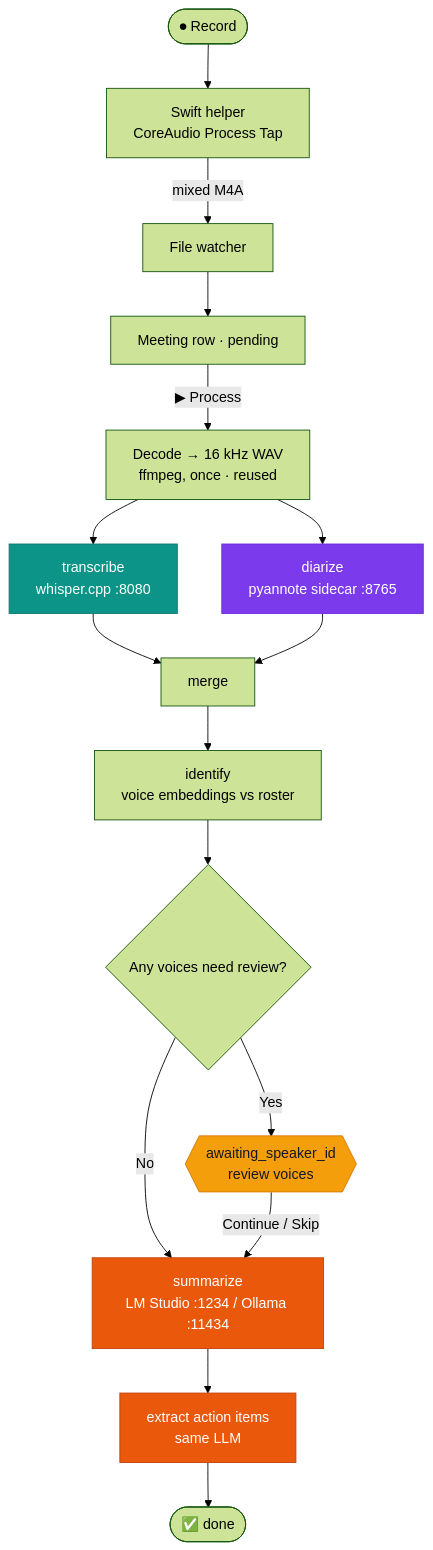
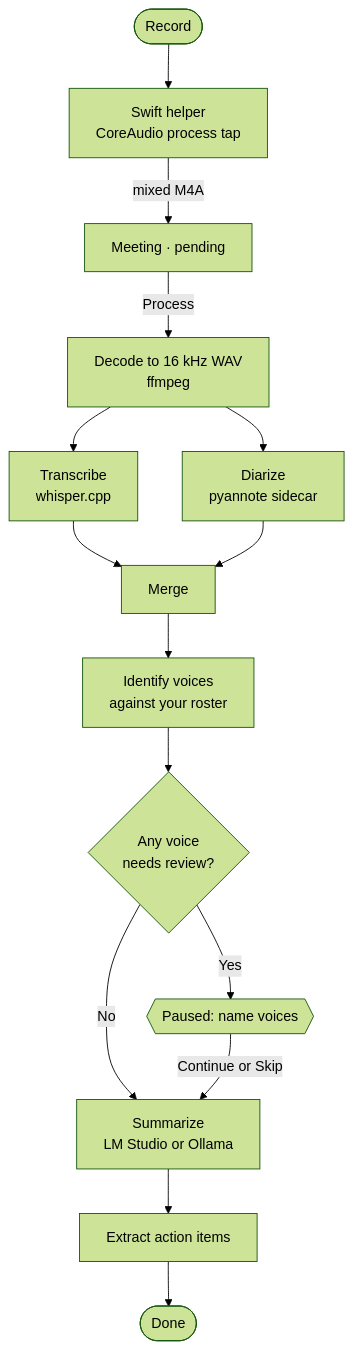
One commit to dbbaskette/MeetingNotes changed the diagram in README.md. Above: the diagram before and after it, drawn with Mermaid (forest theme). The commit also changed other lines of this file and 23 other files, not shown here.

````diff
--- a/README.md
+++ b/README.md
@@ -115,28 +62,17 @@
 ```mermaid
 flowchart TD
-    rec([⏺ Record]) --> tap["Swift helper<br/>CoreAudio Process Tap"]
-    tap -->|mixed M4A| watch[File watcher]
-    watch --> pending["Meeting row · pending"]
-    pending -->|▶ Process| prep["Decode → 16 kHz WAV<br/>ffmpeg, once · reused"]
-
-    prep --> stt["transcribe<br/>whisper.cpp :8080"]
-    prep --> dia["diarize<br/>pyannote sidecar :8765"]
-    stt --> merge[merge]
+    rec([Record]) --> tap["Swift helper<br/>CoreAudio process tap"]
+    tap -->|mixed M4A| pending["Meeting · pending"]
+    pending -->|Process| prep["Decode to 16 kHz WAV<br/>ffmpeg"]
+    prep --> stt["Transcribe<br/>whisper.cpp"]
+    prep --> dia["Diarize<br/>pyannote sidecar"]
+    stt --> merge[Merge]
     dia --> merge
-    merge --> id["identify<br/>voice embeddings vs roster"]
-    id --> review{"Any voices need review?"}
-    review -->|Yes| gate{{"awaiting_speaker_id<br/>review voices"}}
-    review -->|No| sum["summarize<br/>LM Studio :1234 / Ollama :11434"]
-    gate -->|Continue / Skip| sum
-    sum --> ext["extract action items<br/>same LLM"]
-    ext --> done([✅ done])
-
-    classDef stt fill:#0d9488,stroke:#0f766e,color:#fff
-    classDef dia fill:#7c3aed,stroke:#6d28d9,color:#fff
-    classDef llm fill:#ea580c,stroke:#c2410c,color:#fff
-    classDef gate fill:#f59e0b,stroke:#d97706,color:#111827
-    class stt stt
-    class dia dia
-    class sum,ext llm
-    class gate gate
+    merge --> id["Identify voices<br/>against your roster"]
+    id --> review{"Any voice<br/>needs review?"}
+    review -->|Yes| gate{{"Paused: name voices"}}
+    review -->|No| sum["Summarize<br/>LM Studio or Ollama"]
+    gate -->|Continue or Skip| sum
+    sum --> ext["Extract action items"]
+    ext --> done([Done])
 ```
````
